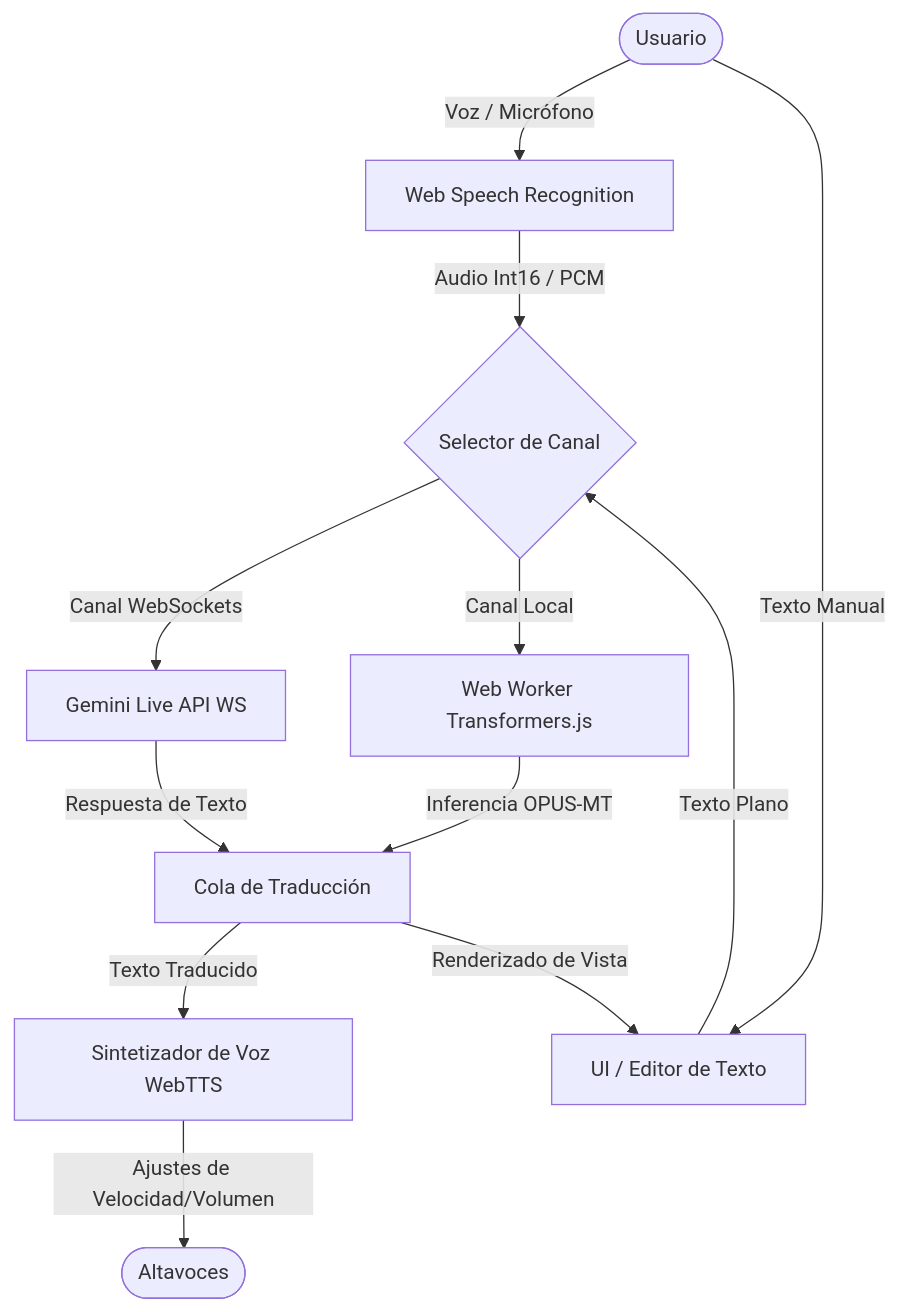
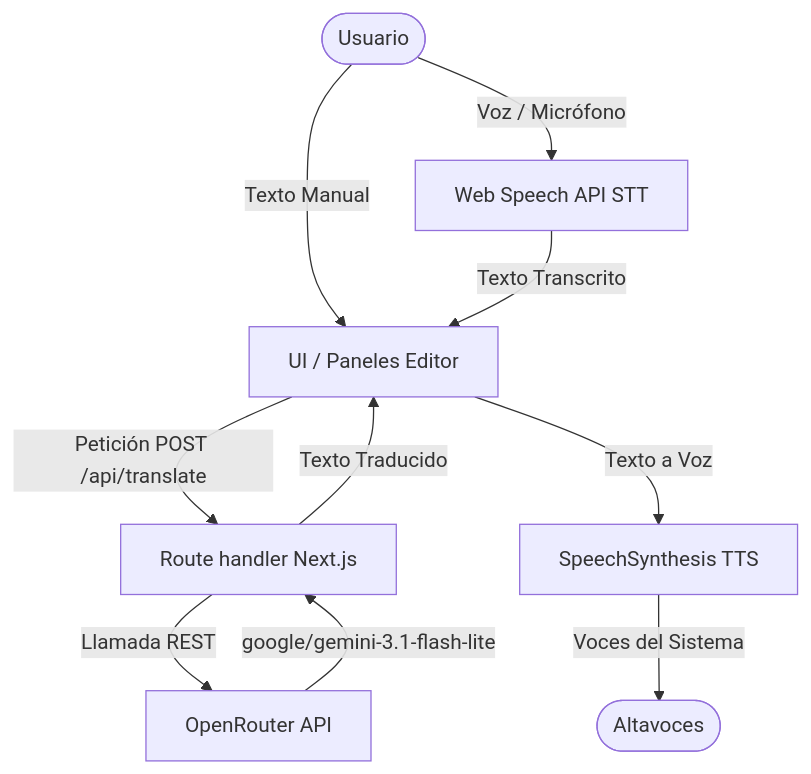
One commit to cristborrero/interprete-ai changed the diagram in README.md. Above: the diagram before and after it, drawn with Mermaid. The commit also changed other lines of this file and 11 other files, not shown here.

Commit message:
feat: integrate native Web Speech API and OpenRouter translation with PWA support

````diff
--- a/README.md
+++ b/README.md
@@ -44,19 +41,15 @@
 ```mermaid
 graph TD
-    User([Usuario]) -->|Voz / Micrófono| SpeechRec[Web Speech Recognition]
-    User -->|Texto Manual| UI[UI / Editor de Texto]
+    User([Usuario]) -->|Voz / Micrófono| SpeechRec[Web Speech API STT]
+    User -->|Texto Manual| UI[UI / Paneles Editor]
     
-    SpeechRec -->|Audio Int16 / PCM| ConnSwitch{Selector de Canal}
-    UI -->|Texto Plano| ConnSwitch
+    SpeechRec -->|Texto Transcrito| UI
+    UI -->|Petición POST /api/translate| APIRoute[Route handler Next.js]
     
-    ConnSwitch -->|Canal WebSockets| GeminiLive[Gemini Live API WS]
-    ConnSwitch -->|Canal Local| Worker[Web Worker Transformers.js]
+    APIRoute -->|Llamada REST| OpenRouter[OpenRouter API]
+    OpenRouter -->|google/gemini-3.1-flash-lite| APIRoute
     
-    GeminiLive -->|Respuesta de Texto| OutputQueue[Cola de Traducción]
-    Worker -->|Inferencia OPUS-MT| OutputQueue
-    
-    OutputQueue -->|Texto Traducido| TTS[Sintetizador de Voz WebTTS]
-    OutputQueue -->|Renderizado de Vista| UI
-    
-    TTS -->|Ajustes de Velocidad/Volumen| Speaker([Altavoces])
+    APIRoute -->|Texto Traducido| UI
+    UI -->|Texto a Voz| TTS[SpeechSynthesis TTS]
+    TTS -->|Voces del Sistema| Speaker([Altavoces])
 ```
````
